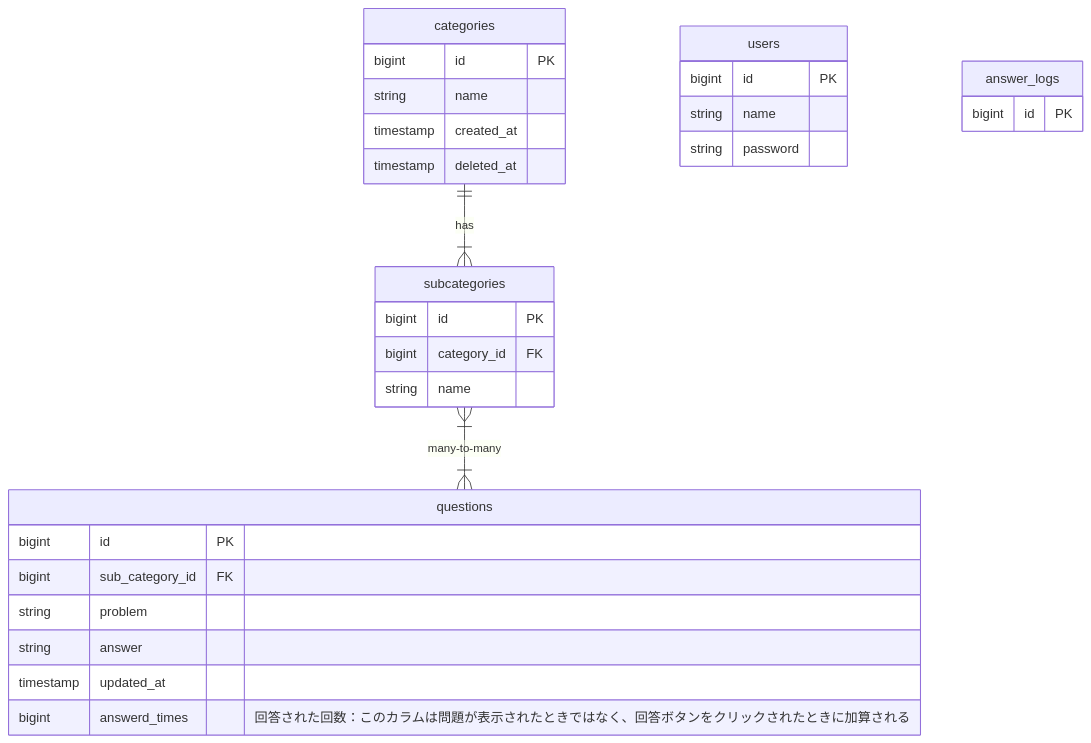
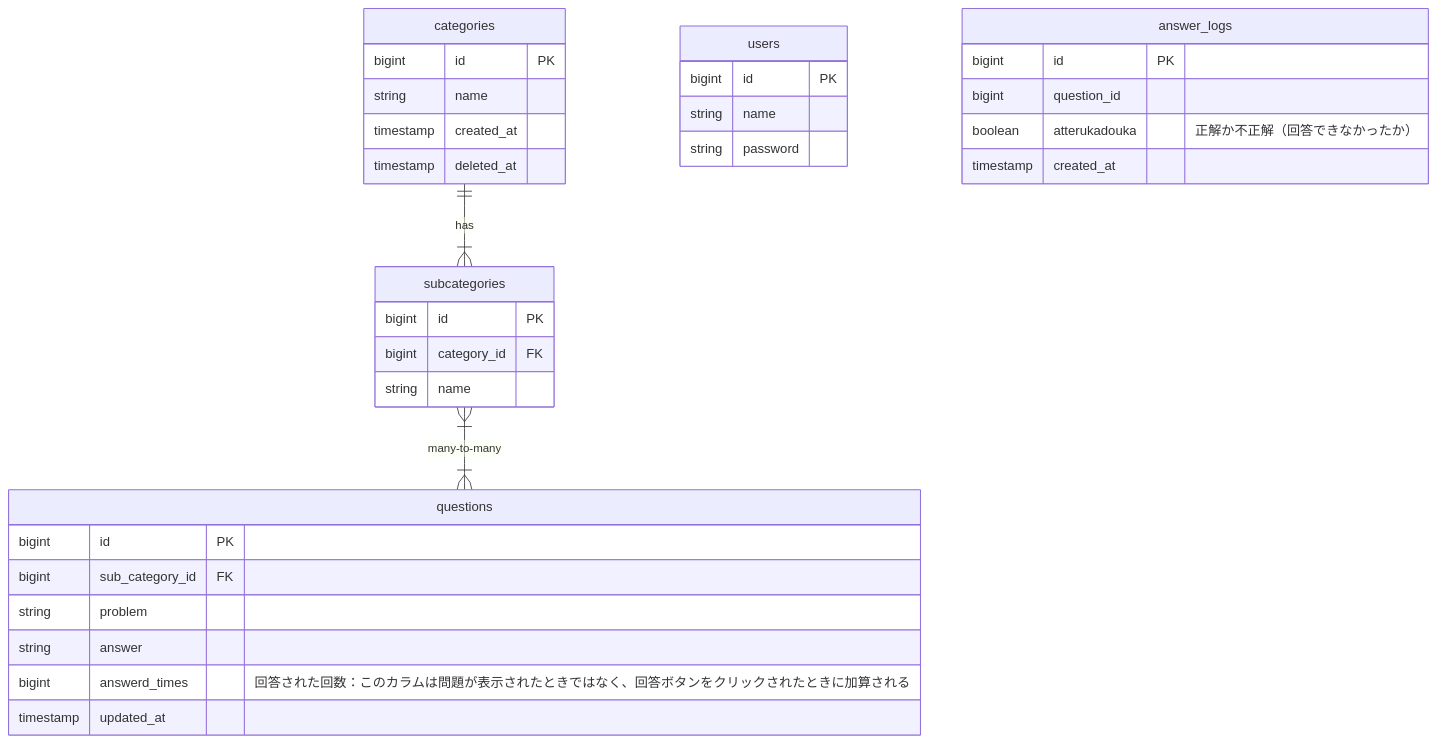
Before and after one commit to sora-okinawa/question_app: the diagram in erDiagram.md, drawn with Mermaid.

Commit message:
[WIP]erdiagram commit

`````diff
--- a/erDiagram.md
+++ b/erDiagram.md
@@ -1,53 +1,60 @@
 ```mermaid
 erDiagram
 
     categories ||--|{ subcategories : "has"
 
     subcategories }|--|{ questions : "many-to-many"
 
     users {
         bigint id PK
         string name
         string password
     }
 
     %% ログインさえできればよいのでusersとcategoriesはひもづけない
 
     categories {
         bigint id PK
         string name 
-        
         timestamp created_at
         timestamp deleted_at
     }
 
     %% カテゴリ名の変更、カテゴリの削除は管理者でも不可。名称の変更と削除はする必要がないため。
 
     %% ex)math.statistics, math.sequence
     %% ex)chemistry.organics
     %% ex)php
     
     subcategories {
         bigint id PK
         bigint category_id FK
         string name
     }
 
     %% ex)
 
     questions {
         bigint id PK
         bigint sub_category_id FK
         string problem
         string answer
+        bigint answerd_times "回答された回数：このカラムは問題が表示されたときではなく、回答ボタンをクリックされたときに加算される"
         timestamp updated_at
-        bigint answerd_times "回答された回数：このカラムは問題が表示されたときではなく、回答ボタンをクリックされたときに加算される"
     }
+
+    %% questinの編集、削除はadminのrole
 
     answer_logs {
         bigint id PK
-
+        bigint question_id 
+        boolean atterukadouka "正解か不正解（回答できなかったか）"
+        timestamp created_at
     }
     %% answer_logsを使用して、回答することができなかった問題で絞り込んで出題する。
+    %% answer_logsから苦手なsub_category, categoryを分析する。
+    %% answer_logsから、直近1ヶ月以上前に回答してかつ、間違えた回数が3回以上のもので絞り込んで出題する。
+
+
 
 ````
`````
